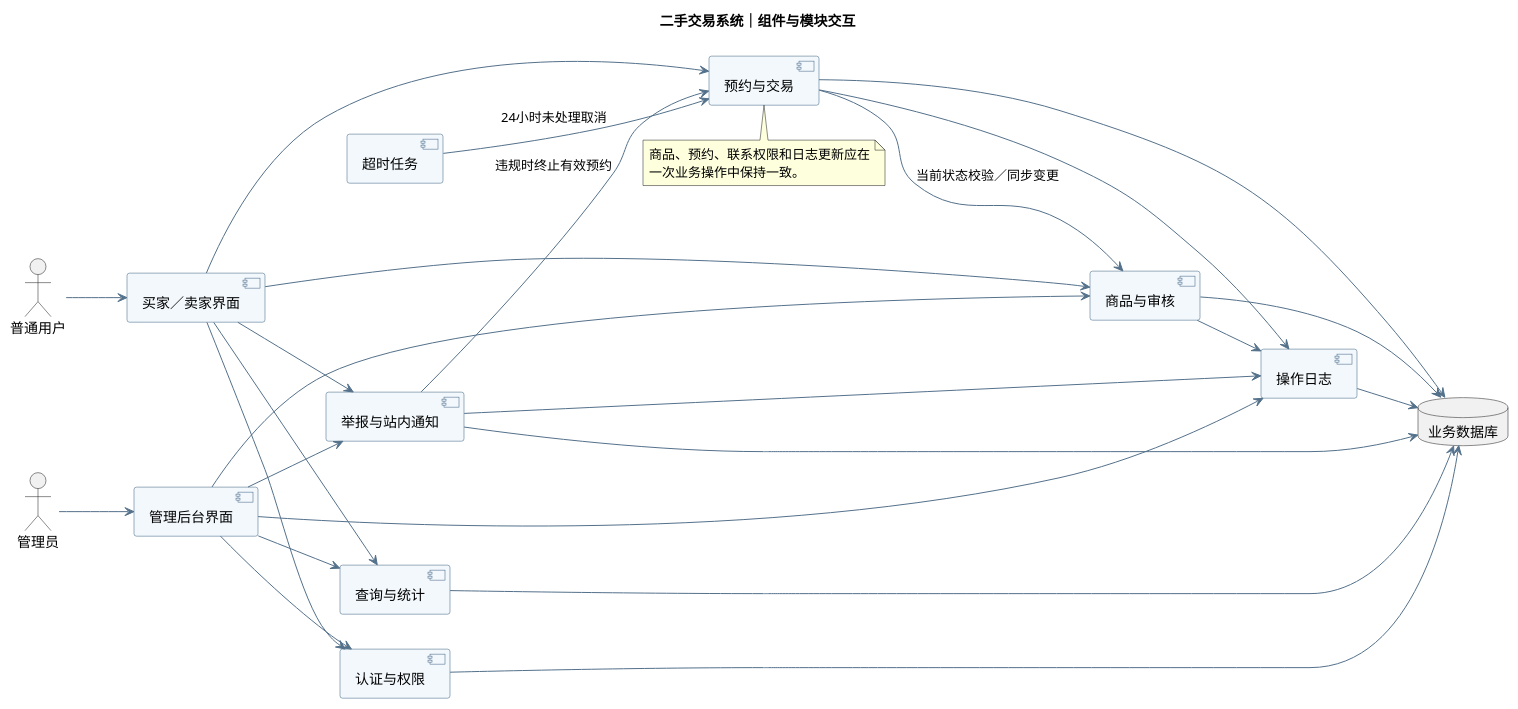
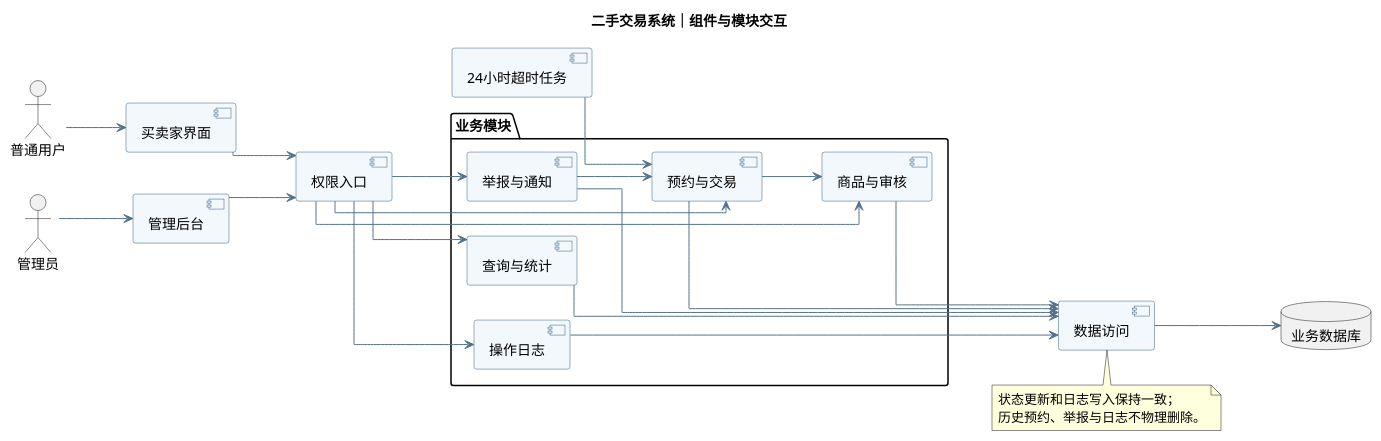
One commit to wxdwxdwxdzxzx/software-engineering-labs changed the diagram in 实验二/UML/UML组件图.puml. Above: the diagram before and after it, drawn with PlantUML. The commit also changed 37 other files, not shown here.

Commit message:
lab2: revise UML and UI after syntax and permission review

```diff
--- a/实验二/UML/UML组件图.puml
+++ b/实验二/UML/UML组件图.puml
@@ -1,52 +1,48 @@
 @startuml
 title 二手交易系统｜组件与模块交互
 skinparam defaultFontName Microsoft YaHei
 skinparam backgroundColor #FFFFFF
 skinparam componentBackgroundColor #F3F8FC
 skinparam componentBorderColor #355C7D
 skinparam ArrowColor #54718B
 skinparam shadowing false
+skinparam linetype ortho
 left to right direction
-
-actor 普通用户
-actor 管理员
-component "买家／卖家界面" as Front
-component "管理后台界面" as Back
-component "认证与权限" as Auth
-component "商品与审核" as Product
-component "预约与交易" as Booking
-component "举报与站内通知" as Moderation
-component "查询与统计" as Query
-component "操作日志" as Audit
-component "超时任务" as Timeout
+actor 普通用户 as User
+actor 管理员 as Admin
+component "买卖家界面" as Front
+component "管理后台" as Back
+component "权限入口" as Gateway
+package "业务模块" {
+ component "商品与审核" as Product
+ component "预约与交易" as Booking
+ component "举报与通知" as Moderation
+ component "查询与统计" as Query
+ component "操作日志" as Audit
+}
+component "24小时超时任务" as Timeout
+component "数据访问" as Data
 database "业务数据库" as DB
-
-普通用户 --> Front
-管理员 --> Back
-Front --> Auth
-Back --> Auth
-Front --> Product
-Front --> Booking
-Front --> Moderation
-Front --> Query
-Back --> Product
-Back --> Moderation
-Back --> Query
-Back --> Audit
-Booking --> Product : 当前状态校验／同步变更
-Moderation --> Booking : 违规时终止有效预约
-Timeout --> Booking : 24小时未处理取消
-Product --> Audit
-Booking --> Audit
-Moderation --> Audit
-Auth --> DB
-Product --> DB
-Booking --> DB
-Moderation --> DB
-Query --> DB
-Audit --> DB
-note bottom of Booking
-  商品、预约、联系权限和日志更新应在
-  一次业务操作中保持一致。
+User --> Front
+Admin --> Back
+Front --> Gateway
+Back --> Gateway
+Gateway --> Product
+Gateway --> Booking
+Gateway --> Moderation
+Gateway --> Query
+Gateway --> Audit
+Booking --> Product
+Moderation --> Booking
+Timeout --> Booking
+Product --> Data
+Booking --> Data
+Moderation --> Data
+Query --> Data
+Audit --> Data
+Data --> DB
+note bottom of Data
+ 状态更新和日志写入保持一致；
+ 历史预约、举报与日志不物理删除。
 end note
 @enduml
```
